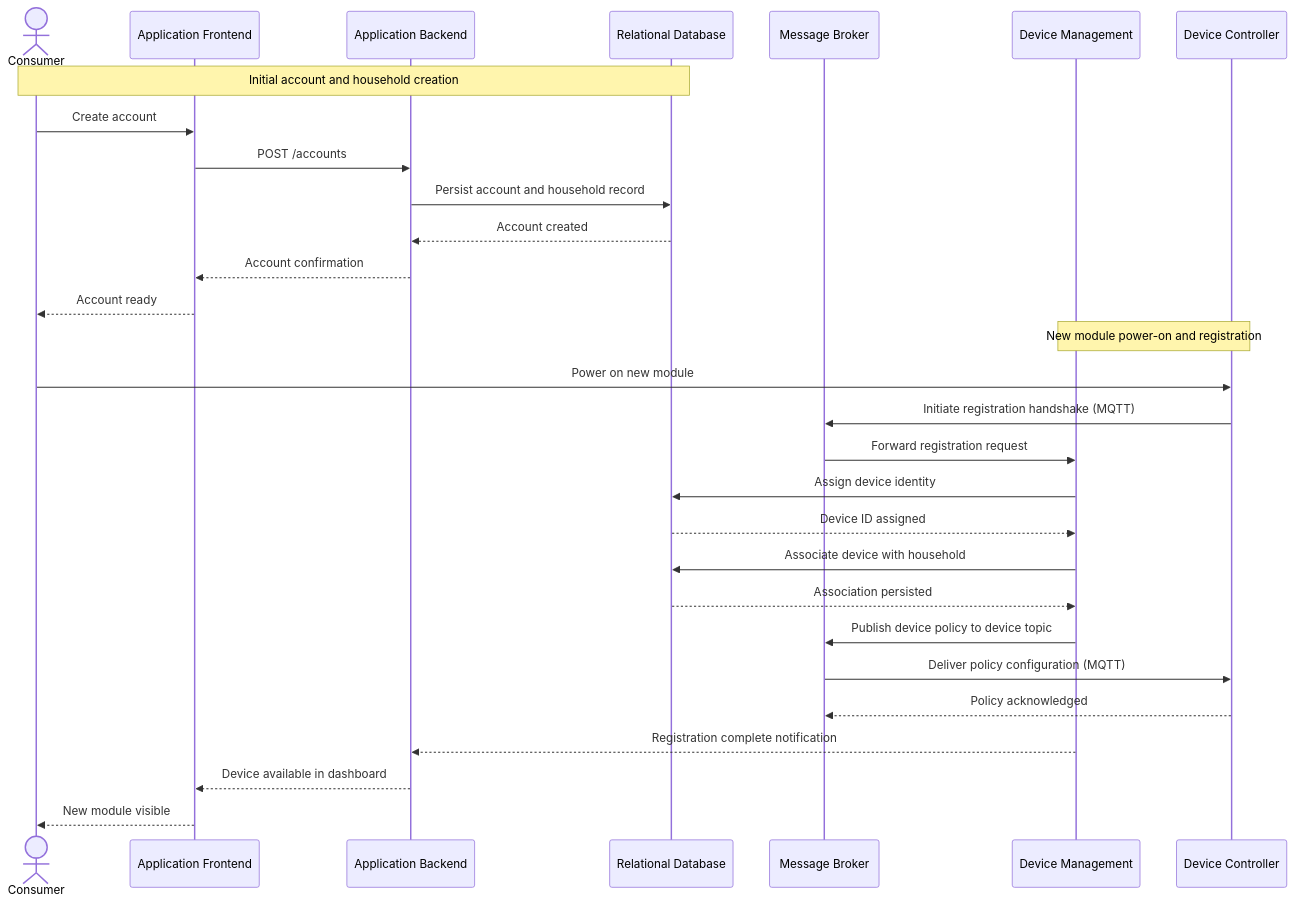
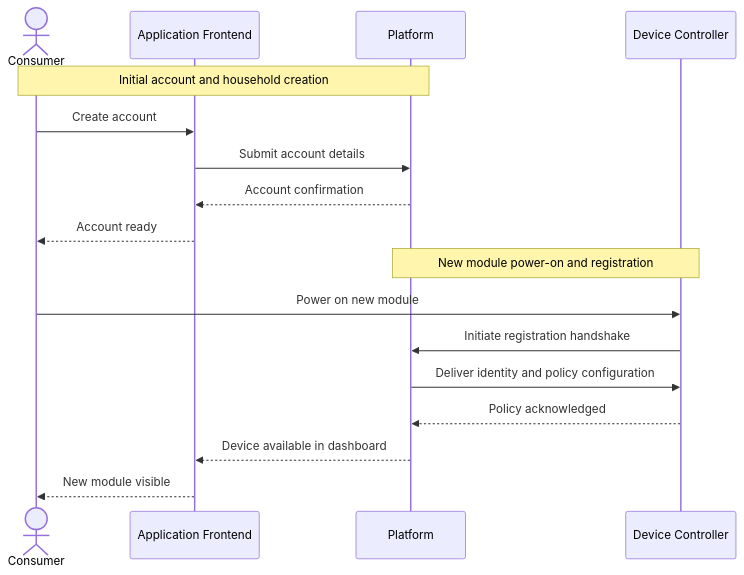
One commit to GarrettGruss/CS7346-401-report changed the fourth of 8 diagrams in docs/report/sections/03_use_cases/use_cases.md. Above: the diagram before and after it, drawn with Mermaid. The commit also changed other lines of this file and 10 other files, not shown here.

Commit message:
fix(03_use_cases): Simplifying use cases and re rendering diagrams with higher resoltuion fix(01_introduction): reducing content fix(05_quality attributes): adding requirements fix(08_cloud services): simplifying cloud components to bullet point list

````diff
--- a/docs/report/sections/03_use_cases/use_cases.md
+++ b/docs/report/sections/03_use_cases/use_cases.md
@@ -143,33 +118,21 @@
 ```mermaid
 sequenceDiagram
     actor Consumer
     participant Frontend as Application Frontend
-    participant Backend as Application Backend
-    participant DB as Relational Database
-    participant Broker as Message Broker
-    participant DevMgmt as Device Management
+    participant Platform as Platform
     participant Controller as Device Controller
 
-    note over Consumer, DB: Initial account and household creation
+    note over Consumer, Platform: Initial account and household creation
     Consumer->>Frontend: Create account
-    Frontend->>Backend: POST /accounts
-    Backend->>DB: Persist account and household record
-    DB-->>Backend: Account created
-    Backend-->>Frontend: Account confirmation
+    Frontend->>Platform: Submit account details
+    Platform-->>Frontend: Account confirmation
     Frontend-->>Consumer: Account ready
 
-    note over Controller, DevMgmt: New module power-on and registration
+    note over Controller, Platform: New module power-on and registration
     Consumer->>Controller: Power on new module
-    Controller->>Broker: Initiate registration handshake (MQTT)
-    Broker->>DevMgmt: Forward registration request
-    DevMgmt->>DB: Assign device identity
-    DB-->>DevMgmt: Device ID assigned
-    DevMgmt->>DB: Associate device with household
-    DB-->>DevMgmt: Association persisted
-    DevMgmt->>Broker: Publish device policy to device topic
-    Broker->>Controller: Deliver policy configuration (MQTT)
-    Controller-->>Broker: Policy acknowledged
-    DevMgmt-->>Backend: Registration complete notification
-    Backend-->>Frontend: Device available in dashboard
+    Controller->>Platform: Initiate registration handshake
+    Platform->>Controller: Deliver identity and policy configuration
+    Controller-->>Platform: Policy acknowledged
+    Platform-->>Frontend: Device available in dashboard
     Frontend-->>Consumer: New module visible
 ```
````
